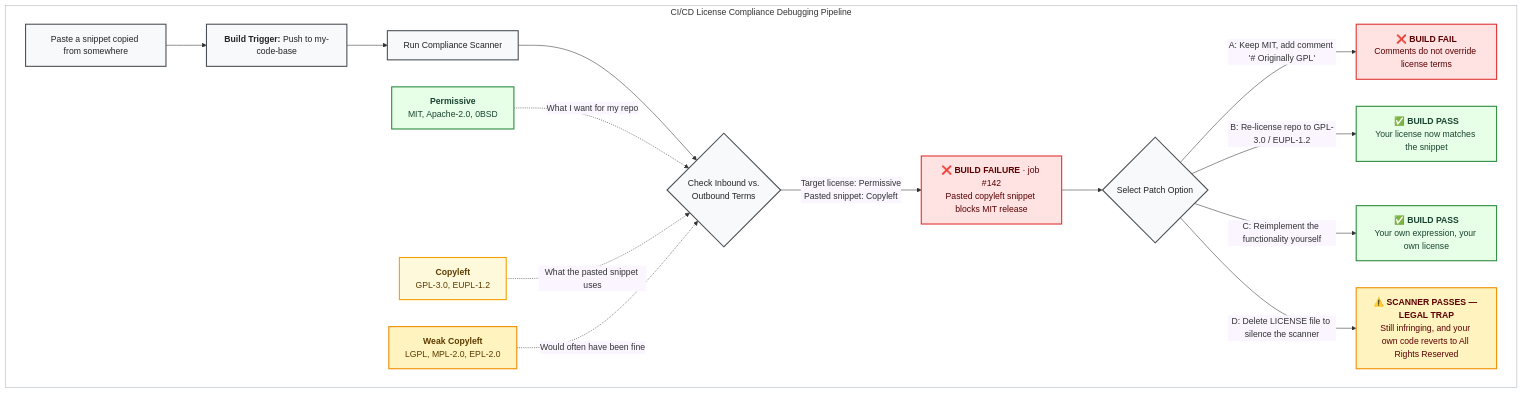
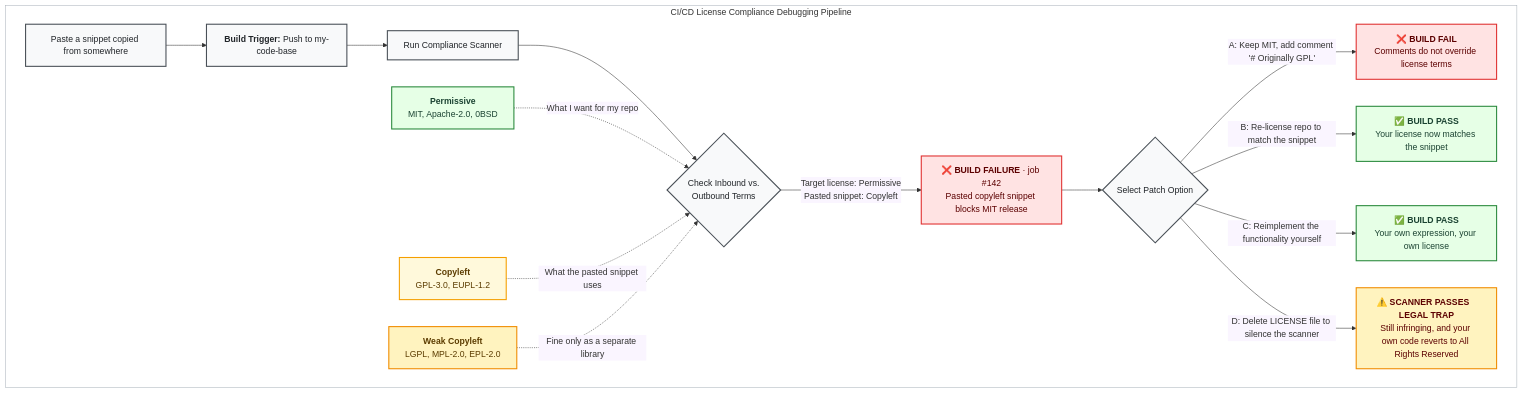
One commit to coderefinery/social-coding changed the second of 3 diagrams in content/software-licensing.md. Above: the diagram before and after it, drawn with Mermaid. The commit also changed other lines of this file, not shown here.

````diff
--- a/content/software-licensing.md
+++ b/content/software-licensing.md
@@ -116,43 +116,43 @@
 ```{mermaid}
 %%{init: {'themeVariables': { 'edgeLabelBackground': '#faf5ff' }}}%%
 flowchart TB
 
     subgraph box["CI/CD License Compliance Debugging Pipeline"]
         A["Paste a snippet copied from somewhere"] --> A2["<b>Build Trigger:</b> Push to my-code-base"]
         A2 --> B["Run Compliance Scanner"]
         B --> C{"Check Inbound vs.<br/>Outbound Terms"}
 
         C -->|"Target license: Permissive<br/>Pasted snippet: Copyleft"| D["❌ <b>BUILD FAILURE</b> · job #142<br/>Pasted copyleft snippet blocks MIT release"]
 
         D --> E{"Select Patch Option"}
 
         E -->|"A: Keep MIT, add comment '# Originally GPL'"| F["❌ <b>BUILD FAIL</b><br/>Comments do not override license terms"]
-        E -->|"B: Re-license repo to GPL-3.0 / EUPL-1.2"| G["✅ <b>BUILD PASS</b><br/>Your license now matches the snippet"]
+        E -->|"B: Re-license repo to match the snippet"| G["✅ <b>BUILD PASS</b><br/>Your license now matches the snippet"]
         E -->|"C: Reimplement the functionality yourself"| H["✅ <b>BUILD PASS</b><br/>Your own expression, your own license"]
-        E -->|"D: Delete LICENSE file to silence the scanner"| I["⚠️ <b>SCANNER PASSES — LEGAL TRAP</b><br/>Still infringing, and your own code reverts to All Rights Reserved"]
+        E -->|"D: Delete LICENSE file to silence the scanner"| I["⚠️ <b>SCANNER PASSES   LEGAL TRAP</b><br/>Still infringing, and your own code reverts to All Rights Reserved"]
 
         P["<b>Permissive</b><br/>MIT, Apache-2.0, 0BSD"]
         WC["<b>Weak Copyleft</b><br/>LGPL, MPL-2.0, EPL-2.0"]
         CL["<b>Copyleft</b><br/>GPL-3.0, EUPL-1.2"]
     end
 
     P -.->|"What I want for my repo"| C
     CL -.->|"What the pasted snippet uses"| C
-    WC -.->|"Would often have been fine"| C
+    WC -.->|"Fine only as a separate library"| C
 
     classDef pass fill:#e6ffe6,stroke:#2b8a3e,stroke-width:2px,color:#1b4332;
     classDef copyleft fill:#fff9db,stroke:#f59f00,stroke-width:2px,color:#5c3c00;
     classDef amber fill:#fff3bf,stroke:#f08c00,stroke-width:2px,color:#5c3c00;
     classDef fail fill:#ffe3e3,stroke:#e03131,stroke-width:2px,color:#5c0000;
     classDef warning fill:#fff3bf,stroke:#f08c00,stroke-width:2px,color:#5c0000;
     classDef neutral fill:#f8f9fa,stroke:#495057,stroke-width:2px,color:#212529;
     classDef box_fill fill:#ffffff,stroke:#adb5bd,stroke-width:1px;
 
     class P,G,H pass;
     class CL copyleft;
     class WC amber;
     class D,F fail;
     class I warning;
     class A,A2,B,C,E neutral;
     class box box_fill;
 ```
````
